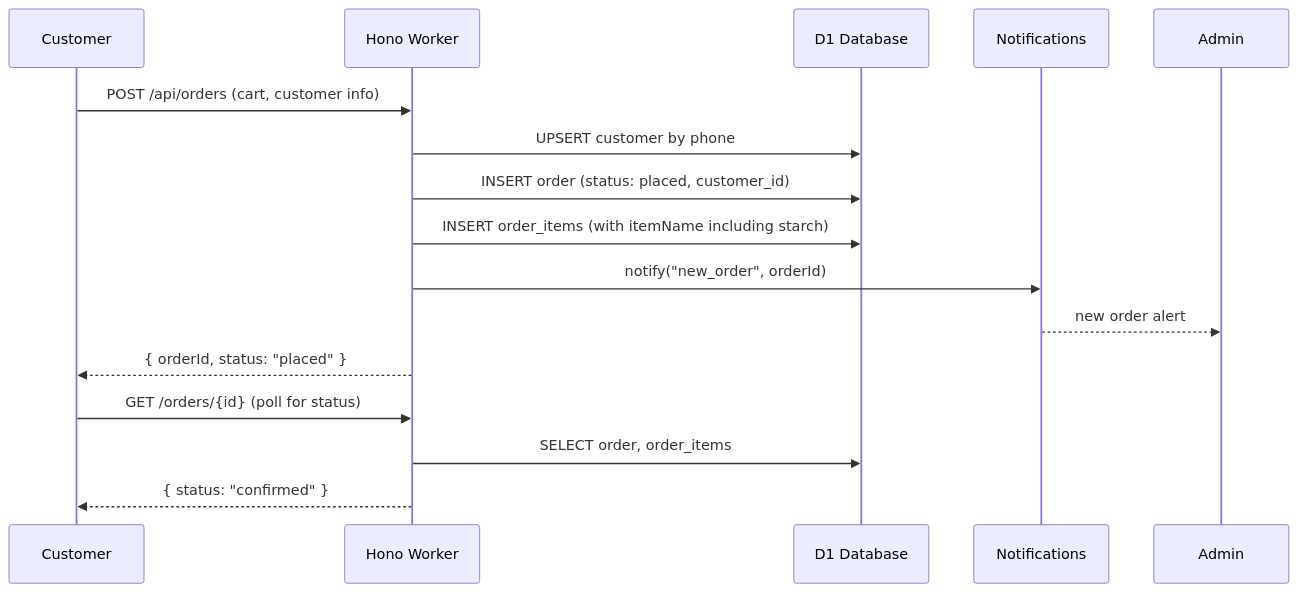
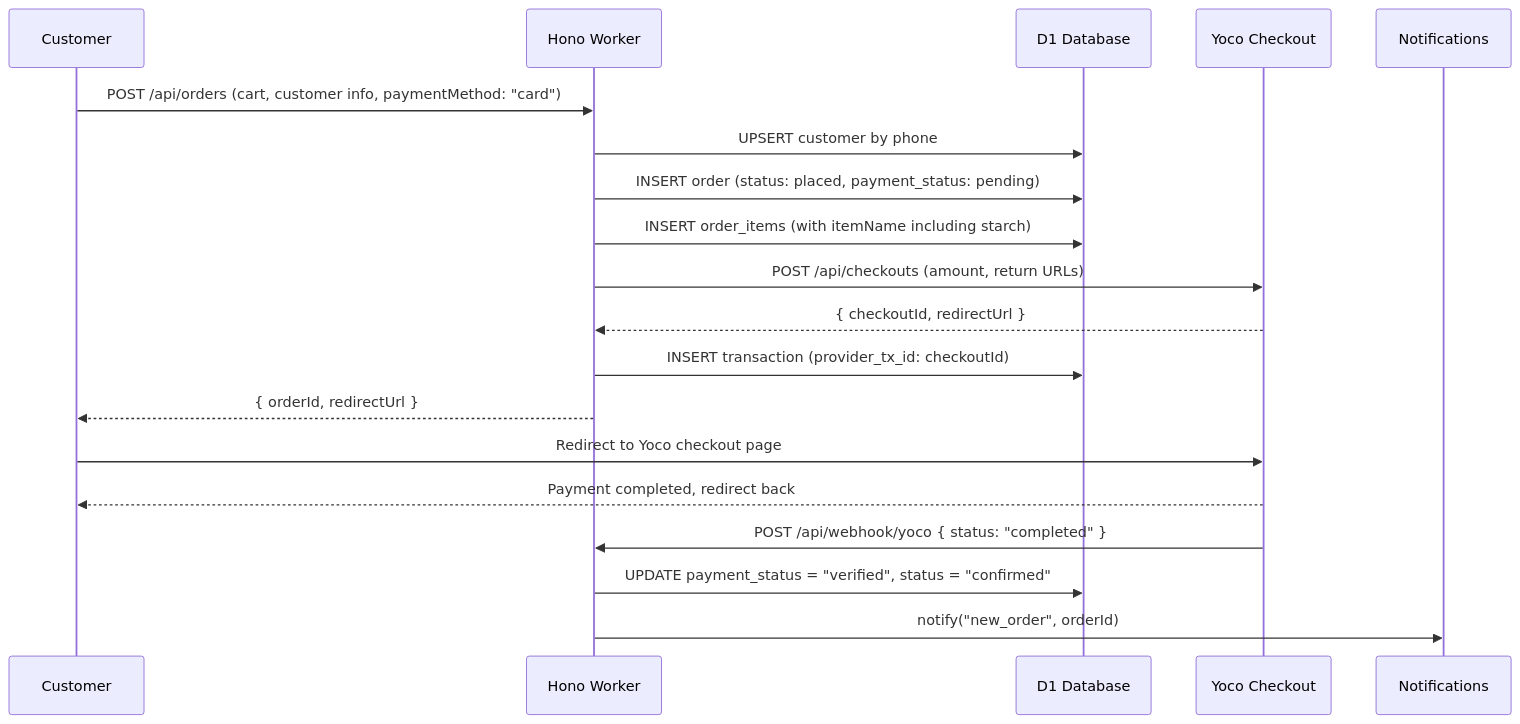
The second of 2 diagrams in docs/architecture.md (kenayah/soulFood), drawn with Mermaid before and after one commit. The commit also changed other lines of this file and 17 other files, not shown here.

Commit message:
Yoco Checkout integration: card payments, cash eligibility (total_orders > 3), webhook handler, payment method UI

````diff
--- a/docs/architecture.md
+++ b/docs/architecture.md
@@ -77,18 +77,22 @@
 ```mermaid
 sequenceDiagram
     participant C as Customer
     participant W as Hono Worker
     participant D1 as D1 Database
+    participant Y as Yoco Checkout
     participant N as Notifications
 
-    C->>W: POST /api/orders (cart, customer info)
+    C->>W: POST /api/orders (cart, customer info, paymentMethod: "card")
     W->>D1: UPSERT customer by phone
-    W->>D1: INSERT order (status: placed, customer_id)
+    W->>D1: INSERT order (status: placed, payment_status: pending)
     W->>D1: INSERT order_items (with itemName including starch)
+    W->>Y: POST /api/checkouts (amount, return URLs)
+    Y-->>W: { checkoutId, redirectUrl }
+    W->>D1: INSERT transaction (provider_tx_id: checkoutId)
+    W-->>C: { orderId, redirectUrl }
+    C->>Y: Redirect to Yoco checkout page
+    Y-->>C: Payment completed, redirect back
+    Y->>W: POST /api/webhook/yoco { status: "completed" }
+    W->>D1: UPDATE payment_status = "verified", status = "confirmed"
     W->>N: notify("new_order", orderId)
-    N-->>Admin: new order alert
-    W-->>C: { orderId, status: "placed" }
-    C->>W: GET /orders/{id} (poll for status)
-    W->>D1: SELECT order, order_items
-    W-->>C: { status: "confirmed" }
 ```
````
